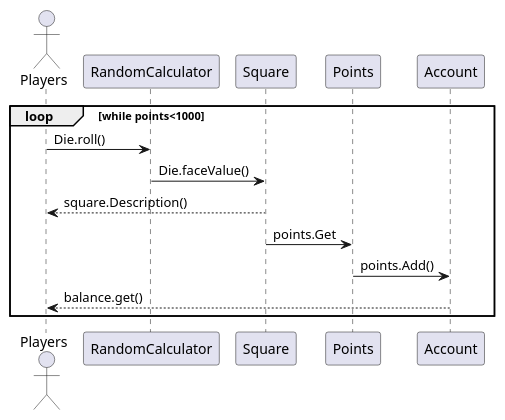
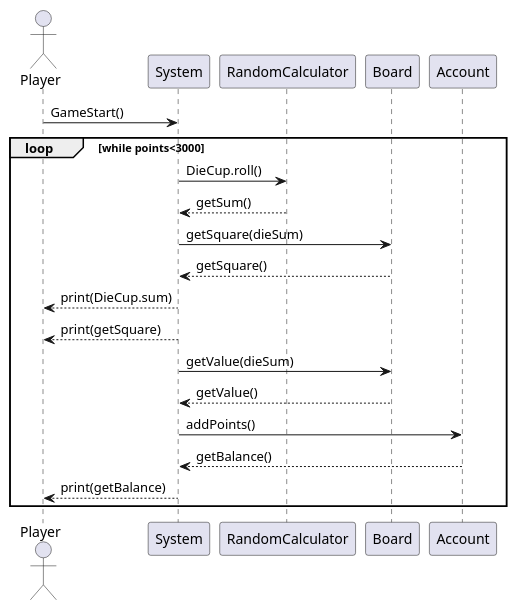
The diagram in src/plantUML_Diagrams/System sequence diagram.puml (Jakob-SA/CDIO-2), drawn with PlantUML before and after one commit.

Commit message:
System sequence diagram v5

```diff
--- a/src/plantUML_Diagrams/System sequence diagram.puml
+++ b/src/plantUML_Diagrams/System sequence diagram.puml
@@ -1,15 +1,21 @@
 @startuml
 'https://plantuml.com/sequence-diagram
 
-Actor Players as Players
+Actor Player as Player
 
-loop while points<1000
-Players -> RandomCalculator: Die.roll()
-RandomCalculator -> Square: Die.faceValue()
-Square --> Players: square.Description()
-Square -> Points: points.Get
-Points ->Account: points.Add()
-Account --> Players: balance.get()
+Player -> System: GameStart()
+loop while points<3000
+System -> RandomCalculator: DieCup.roll()
+RandomCalculator --> System: getSum()
+System -> Board: getSquare(dieSum)
+Board --> System: getSquare()
+System --> Player: print(DieCup.sum)
+System --> Player: print(getSquare)
+System -> Board: getValue(dieSum)
+Board --> System: getValue()
+System -> Account: addPoints()
+Account --> System: getBalance()
+System --> Player: print(getBalance)
 end
 
 @enduml
```
